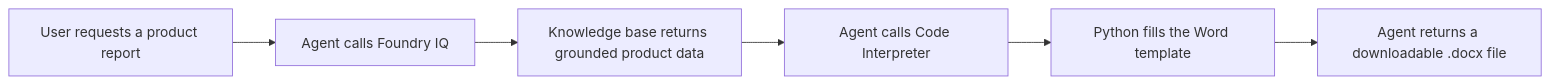
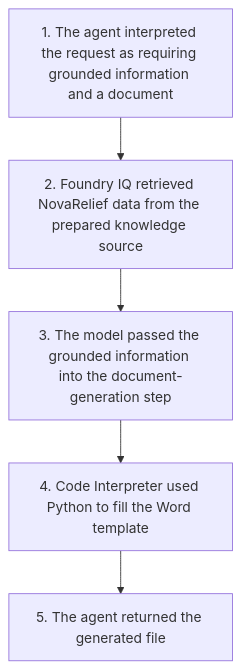
The diagram in lab-5-trace-agent.md (LauraVerghote/Agentic-ai-with-foundry-workshop), drawn with Mermaid before and after one commit. The commit also changed other lines of this file and 12 other files, not shown here.

````diff
--- a/lab-5-trace-agent.md
+++ b/lab-5-trace-agent.md
@@ -31,8 +66,10 @@
 ```mermaid
-flowchart LR
-    A["User requests a product report"] --> B["Agent calls Foundry IQ"]
-    B --> C["Knowledge base returns grounded product data"]
-    C --> D["Agent calls Code Interpreter"]
-    D --> E["Python fills the Word template"]
-    E --> F["Agent returns a downloadable .docx file"]
+flowchart TD
+    A["1. The agent interpreted the request as requiring grounded information and a document"]
+    B["2. Foundry IQ retrieved NovaRelief data from the prepared knowledge source"]
+    C["3. The model passed the grounded information into the document-generation step"]
+    D["4. Code Interpreter used Python to fill the Word template"]
+    E["5. The agent returned the generated file"]
+
+    A --> B --> C --> D --> E
 ```
````
